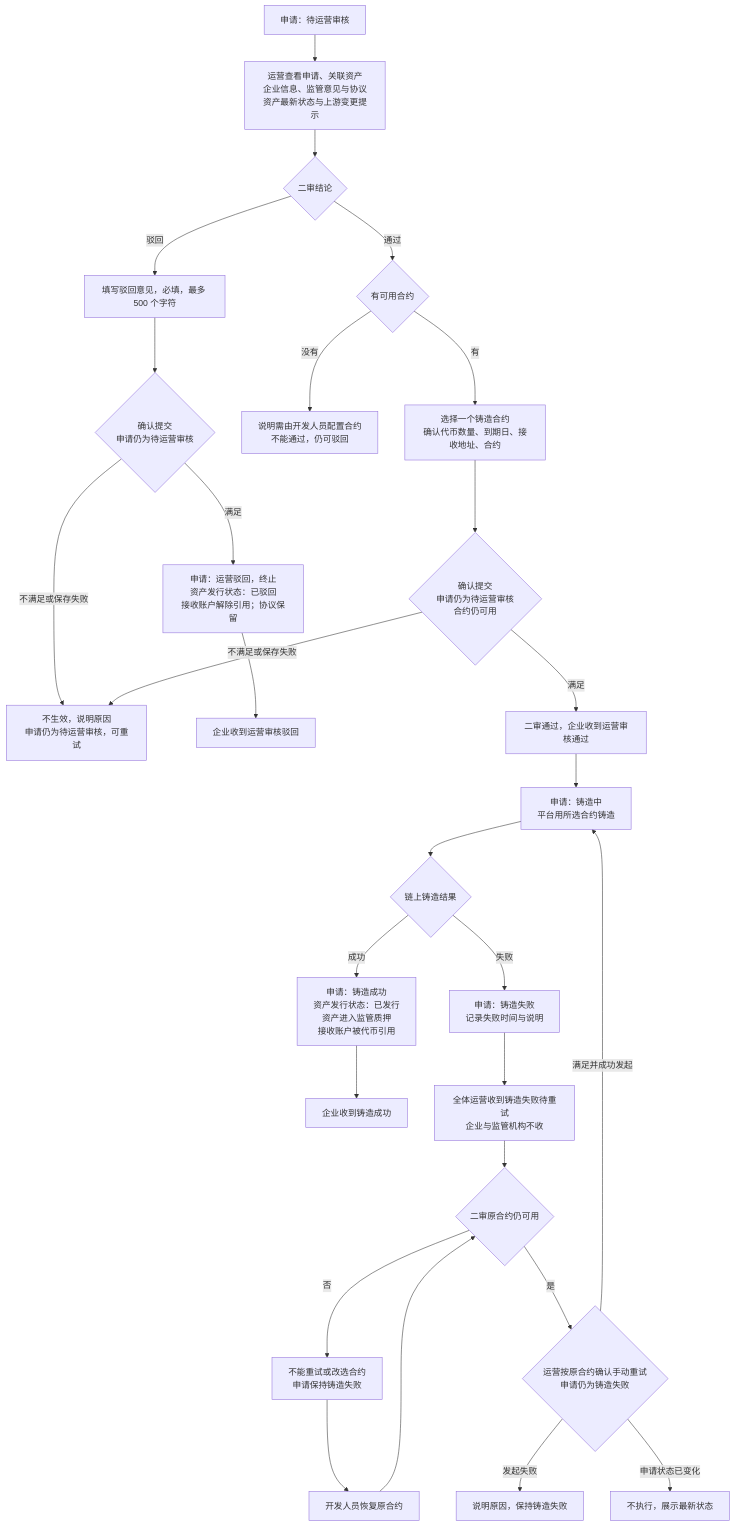
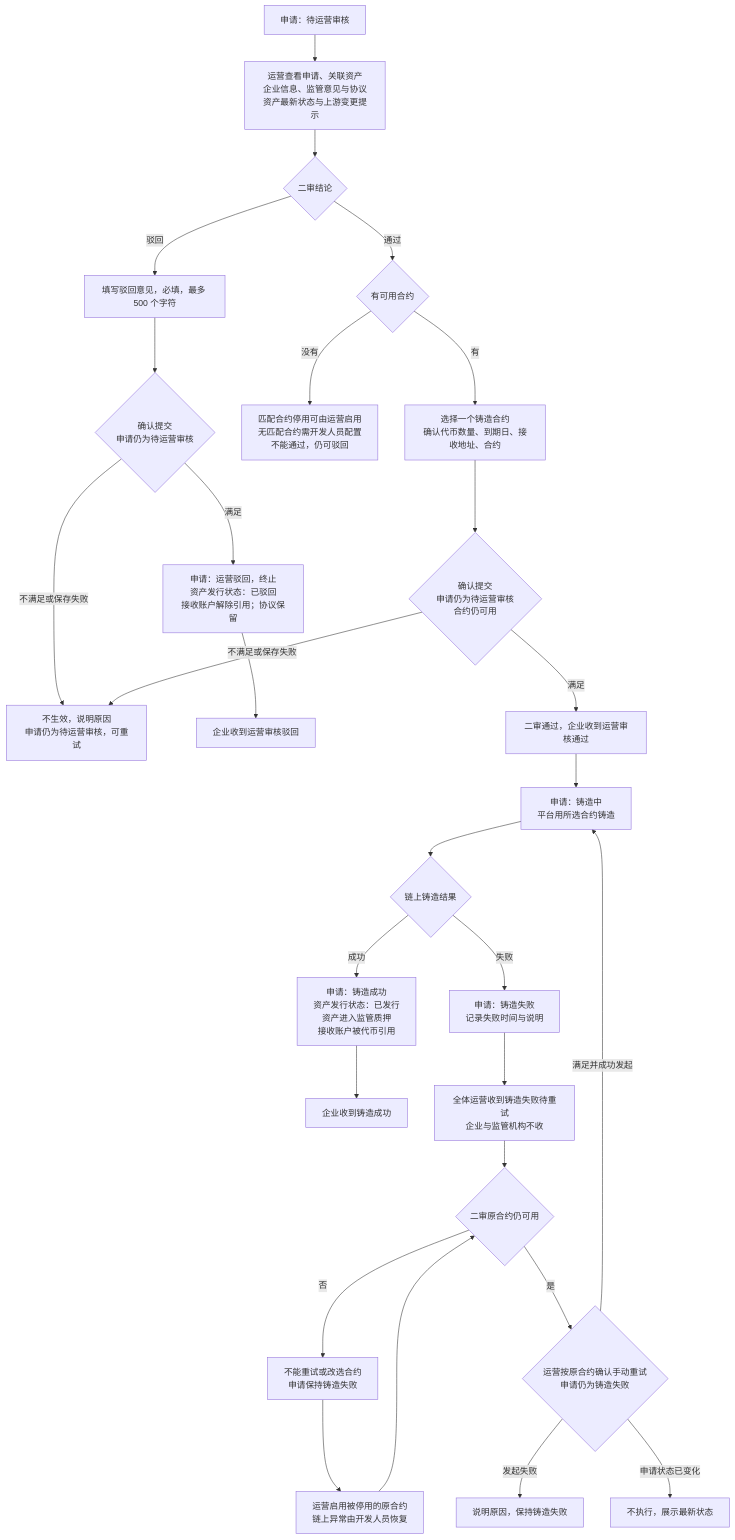
Before and after one commit to wxblockchain/Chain-Financing: the second of 4 diagrams in token-issuance-platform/PRD/v1.0-代币发行-审核与铸造-流程图与状态机.md, drawn with Mermaid. The commit also changed 7 other files, not shown here.

````diff
--- a/token-issuance-platform/PRD/v1.0-代币发行-审核与铸造-流程图与状态机.md
+++ b/token-issuance-platform/PRD/v1.0-代币发行-审核与铸造-流程图与状态机.md
@@ -39,30 +39,30 @@
 ```mermaid
 flowchart TD
     A[申请：待运营审核] --> B[运营查看申请、关联资产<br/>企业信息、监管意见与协议<br/>资产最新状态与上游变更提示]
     B --> C{二审结论}
     C -->|驳回| D[填写驳回意见，必填，最多 500 个字符]
     D --> D1{确认提交<br/>申请仍为待运营审核}
     D1 -->|不满足或保存失败| X[不生效，说明原因<br/>申请仍为待运营审核，可重试]
     D1 -->|满足| D2[申请：运营驳回，终止<br/>资产发行状态：已驳回<br/>接收账户解除引用；协议保留]
     D2 --> D3[企业收到运营审核驳回]
     C -->|通过| E{有可用合约}
-    E -->|没有| E1[说明需由开发人员配置合约<br/>不能通过，仍可驳回]
+    E -->|没有| E1[匹配合约停用可由运营启用<br/>无匹配合约需开发人员配置<br/>不能通过，仍可驳回]
     E -->|有| F[选择一个铸造合约<br/>确认代币数量、到期日、接收地址、合约]
     F --> F1{确认提交<br/>申请仍为待运营审核<br/>合约仍可用}
     F1 -->|不满足或保存失败| X
     F1 -->|满足| G0[二审通过，企业收到运营审核通过]
     G0 --> G[申请：铸造中<br/>平台用所选合约铸造]
     G --> H{链上铸造结果}
     H -->|成功| I[申请：铸造成功<br/>资产发行状态：已发行<br/>资产进入监管质押<br/>接收账户被代币引用]
     I --> I1[企业收到铸造成功]
     H -->|失败| J[申请：铸造失败<br/>记录失败时间与说明]
     J --> J1[全体运营收到铸造失败待重试<br/>企业与监管机构不收]
     J1 --> K{二审原合约仍可用}
     K -->|否| K1[不能重试或改选合约<br/>申请保持铸造失败]
-    K1 --> K2[开发人员恢复原合约]
+    K1 --> K2[运营启用被停用的原合约<br/>链上异常由开发人员恢复]
     K2 --> K
     K -->|是| L{运营按原合约确认手动重试<br/>申请仍为铸造失败}
     L -->|满足并成功发起| G
     L -->|发起失败| L1[说明原因，保持铸造失败]
     L -->|申请状态已变化| L2[不执行，展示最新状态]
 ```
````
